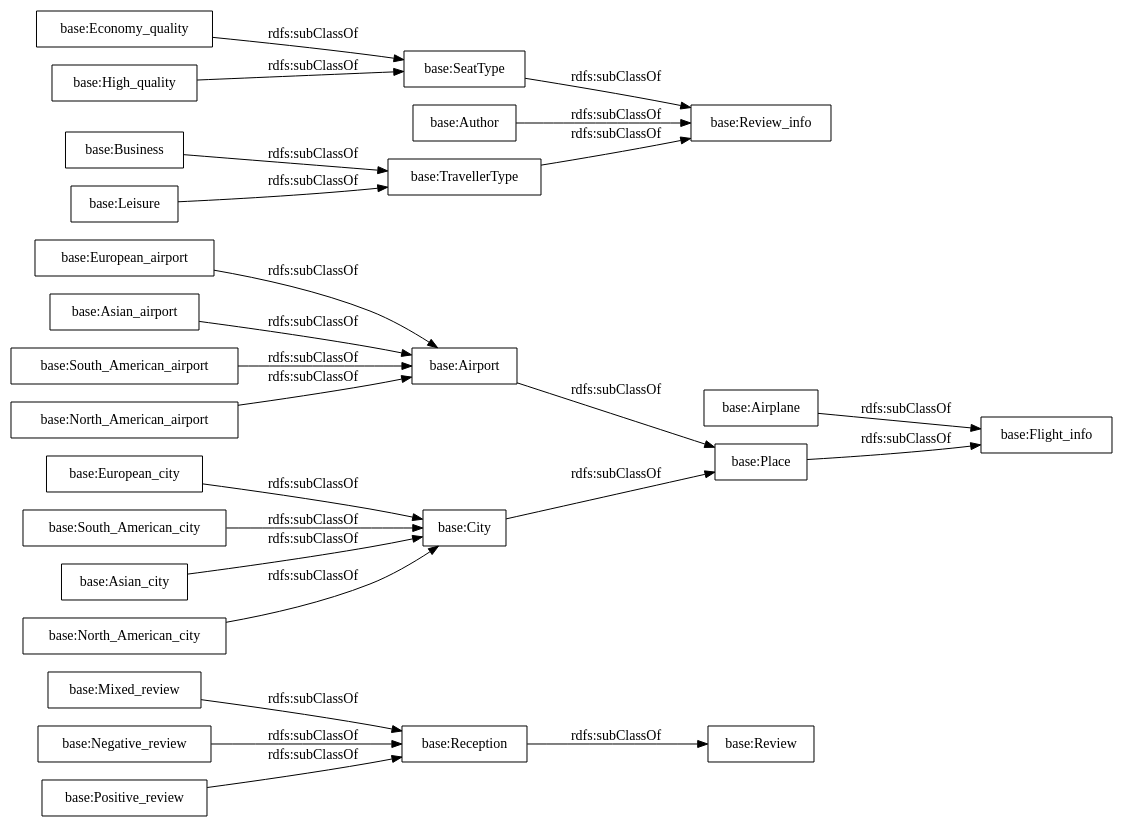
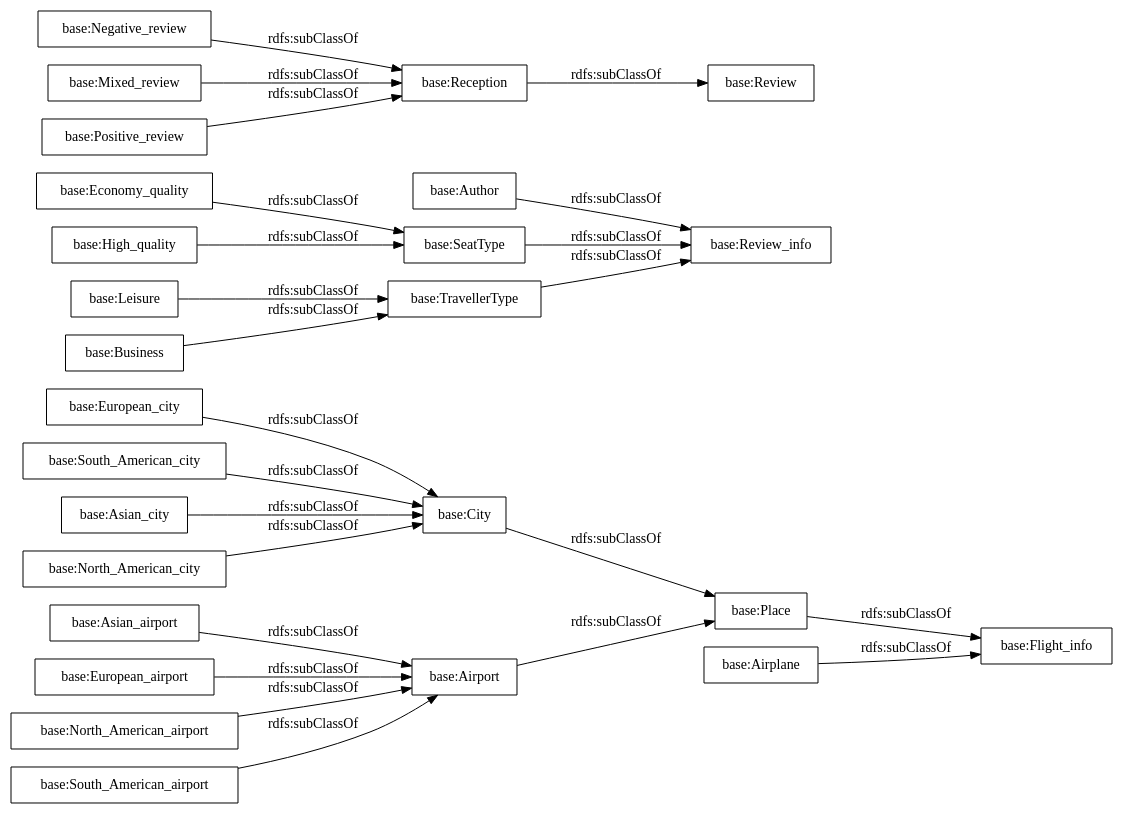
One commit to MigueldSPallares/FlightReviews changed the diagram in OnToology/ontology.ttl/diagrams/ar2dtool-taxonomy/ontology.ttl.png.dot. Above: the diagram before and after it, drawn with Graphviz. The commit also changed 31 other files, not shown here.

```diff
--- a/OnToology/ontology.ttl/diagrams/ar2dtool-taxonomy/ontology.ttl.png.dot
+++ b/OnToology/ontology.ttl/diagrams/ar2dtool-taxonomy/ontology.ttl.png.dot
@@ -1,29 +1,29 @@
 digraph ar2dtool_diagram { 
 rankdir=LR;
 size="1000"
-node [shape = rectangle, color="black"]; "base:Mixed_review" "base:Airplane" "base:European_airport" "base:Flight_info" "base:Business" "base:Economy_quality" "base:Asian_airport" "base:Review" "base:South_American_airport" "base:Negative_review" "base:Airport" "base:European_city" "base:Author" "base:High_quality" "base:South_American_city" "base:Positive_review" "base:Asian_city" "base:City" "base:SeatType" "base:North_American_city" "base:Place" "base:Leisure" "base:North_American_airport" "base:Reception" "base:TravellerType" "base:Review_info" ; /*classes style*/
+node [shape = rectangle, color="black"]; "base:Asian_airport" "base:TravellerType" "base:Place" "base:Negative_review" "base:Author" "base:Economy_quality" "base:Review_info" "base:North_American_airport" "base:SeatType" "base:European_city" "base:South_American_city" "base:South_American_airport" "base:Mixed_review" "base:Leisure" "base:Asian_city" "base:Review" "base:Business" "base:High_quality" "base:Airport" "base:Positive_review" "base:European_airport" "base:Reception" "base:Airplane" "base:North_American_city" "base:Flight_info" "base:City" ; /*classes style*/
+	"base:Author" -> "base:Review_info" [ label = "rdfs:subClassOf" ];
+	"base:TravellerType" -> "base:Review_info" [ label = "rdfs:subClassOf" ];
+	"base:City" -> "base:Place" [ label = "rdfs:subClassOf" ];
+	"base:European_airport" -> "base:Airport" [ label = "rdfs:subClassOf" ];
 	"base:Business" -> "base:TravellerType" [ label = "rdfs:subClassOf" ];
-	"base:European_airport" -> "base:Airport" [ label = "rdfs:subClassOf" ];
+	"base:Positive_review" -> "base:Reception" [ label = "rdfs:subClassOf" ];
+	"base:European_city" -> "base:City" [ label = "rdfs:subClassOf" ];
+	"base:Reception" -> "base:Review" [ label = "rdfs:subClassOf" ];
+	"base:Economy_quality" -> "base:SeatType" [ label = "rdfs:subClassOf" ];
+	"base:High_quality" -> "base:SeatType" [ label = "rdfs:subClassOf" ];
+	"base:Airplane" -> "base:Flight_info" [ label = "rdfs:subClassOf" ];
+	"base:SeatType" -> "base:Review_info" [ label = "rdfs:subClassOf" ];
 	"base:Leisure" -> "base:TravellerType" [ label = "rdfs:subClassOf" ];
-	"base:Author" -> "base:Review_info" [ label = "rdfs:subClassOf" ];
-	"base:European_city" -> "base:City" [ label = "rdfs:subClassOf" ];
+	"base:Asian_airport" -> "base:Airport" [ label = "rdfs:subClassOf" ];
 	"base:North_American_city" -> "base:City" [ label = "rdfs:subClassOf" ];
+	"base:Asian_city" -> "base:City" [ label = "rdfs:subClassOf" ];
+	"base:South_American_city" -> "base:City" [ label = "rdfs:subClassOf" ];
 	"base:Airport" -> "base:Place" [ label = "rdfs:subClassOf" ];
-	"base:Positive_review" -> "base:Reception" [ label = "rdfs:subClassOf" ];
-	"base:South_American_city" -> "base:City" [ label = "rdfs:subClassOf" ];
-	"base:High_quality" -> "base:SeatType" [ label = "rdfs:subClassOf" ];
-	"base:City" -> "base:Place" [ label = "rdfs:subClassOf" ];
-	"base:Reception" -> "base:Review" [ label = "rdfs:subClassOf" ];
-	"base:Asian_airport" -> "base:Airport" [ label = "rdfs:subClassOf" ];
-	"base:Economy_quality" -> "base:SeatType" [ label = "rdfs:subClassOf" ];
+	"base:South_American_airport" -> "base:Airport" [ label = "rdfs:subClassOf" ];
+	"base:Place" -> "base:Flight_info" [ label = "rdfs:subClassOf" ];
 	"base:Mixed_review" -> "base:Reception" [ label = "rdfs:subClassOf" ];
 	"base:Negative_review" -> "base:Reception" [ label = "rdfs:subClassOf" ];
-	"base:Airplane" -> "base:Flight_info" [ label = "rdfs:subClassOf" ];
-	"base:SeatType" -> "base:Review_info" [ label = "rdfs:subClassOf" ];
-	"base:Place" -> "base:Flight_info" [ label = "rdfs:subClassOf" ];
-	"base:South_American_airport" -> "base:Airport" [ label = "rdfs:subClassOf" ];
-	"base:Asian_city" -> "base:City" [ label = "rdfs:subClassOf" ];
 	"base:North_American_airport" -> "base:Airport" [ label = "rdfs:subClassOf" ];
-	"base:TravellerType" -> "base:Review_info" [ label = "rdfs:subClassOf" ];
 
 }
```
